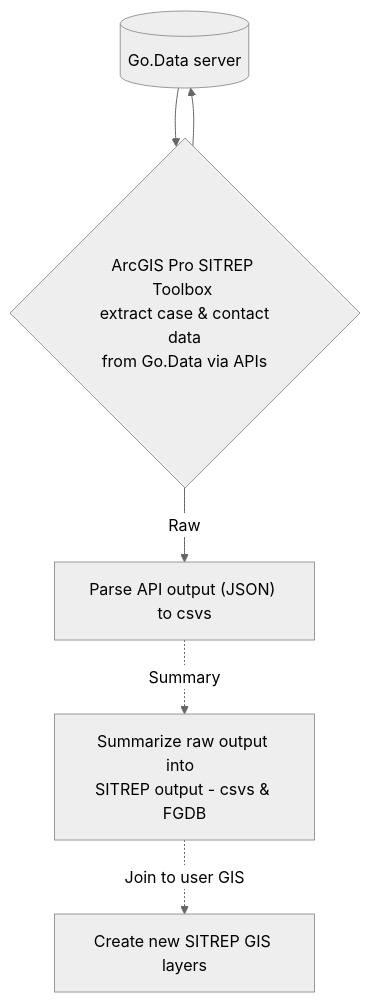
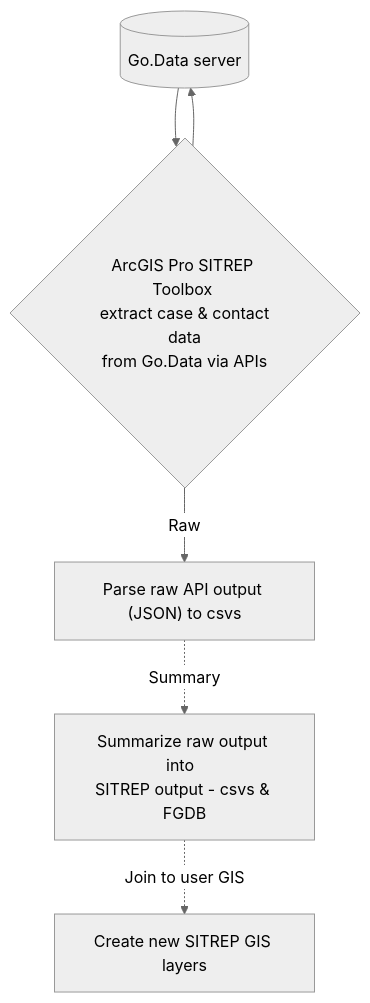
The diagram in README.md (LangsterGA/mermaid), drawn with Mermaid (neutral theme) before and after one commit.

````diff
--- a/README.md
+++ b/README.md
@@ -3,8 +3,8 @@
 ```mermaid
   graph TD
     A[(Go.Data server)]--> B{ArcGIS Pro SITREP Toolbox <br/> extract case & contact data<br/>from Go.Data via APIs};
     B-->A
-    B -->|Raw| C["Parse API output (JSON) to csvs"];
+    B -->|Raw| C["Parse raw API output (JSON) to csvs"];
     C-.->|Summary| D[Summarize raw output into  <br/>SITREP output - csvs & FGDB]; 
     D-.->|Join to user GIS| E[Create new SITREP GIS layers];
  ```
````
